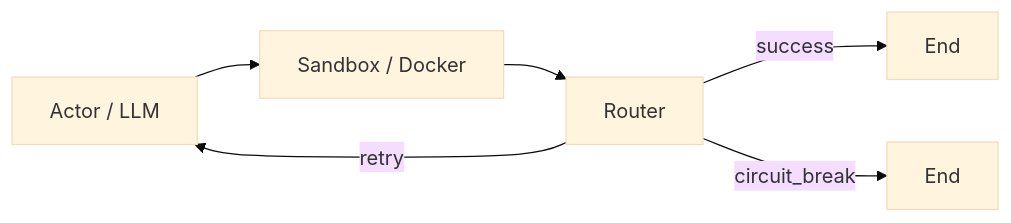
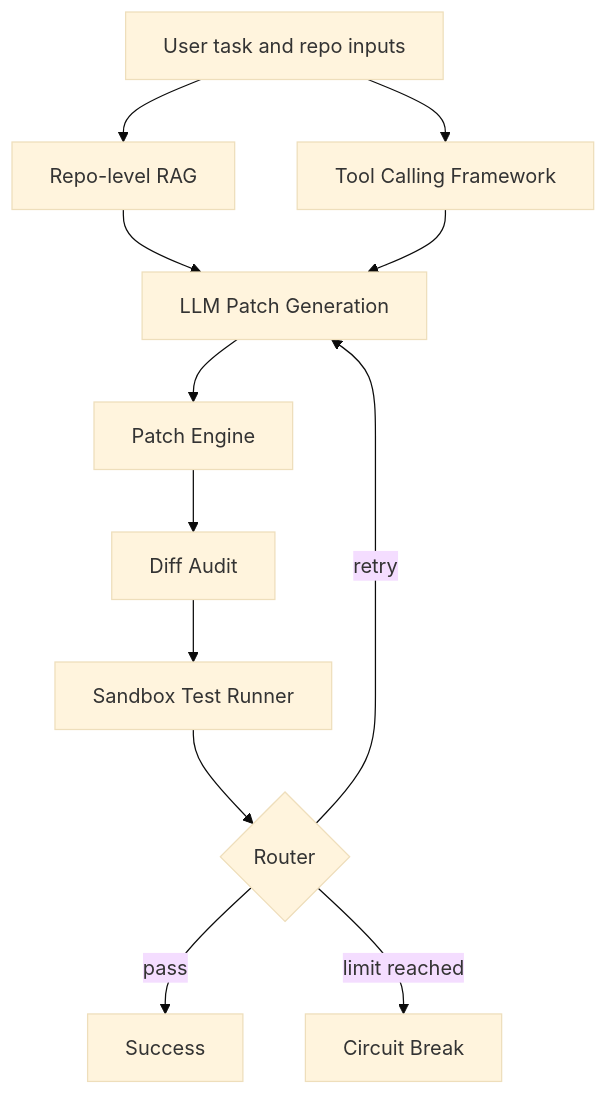
Before and after one commit to wuwuyuyu-qw/coding-agent-oss: the diagram in README.md, drawn with Mermaid (base theme). The commit also changed other lines of this file and 1 other file, not shown here.

````diff
--- a/README.md
+++ b/README.md
@@ -31,8 +48,14 @@
 ```mermaid
-flowchart LR
-  A[Actor / LLM] --> B[Sandbox / Docker]
-  B --> R[Router]
-  R -->|retry| A
-  R -->|success| S[End]
-  R -->|circuit_break| C[End]
+flowchart TD
+    A[User task and repo inputs] --> B[Repo-level RAG]
+    A --> C[Tool Calling Framework]
+    B --> D[LLM Patch Generation]
+    C --> D
+    D --> E[Patch Engine]
+    E --> F[Diff Audit]
+    F --> G[Sandbox Test Runner]
+    G --> H{Router}
+    H -->|pass| I[Success]
+    H -->|retry| D
+    H -->|limit reached| J[Circuit Break]
 ```
````
